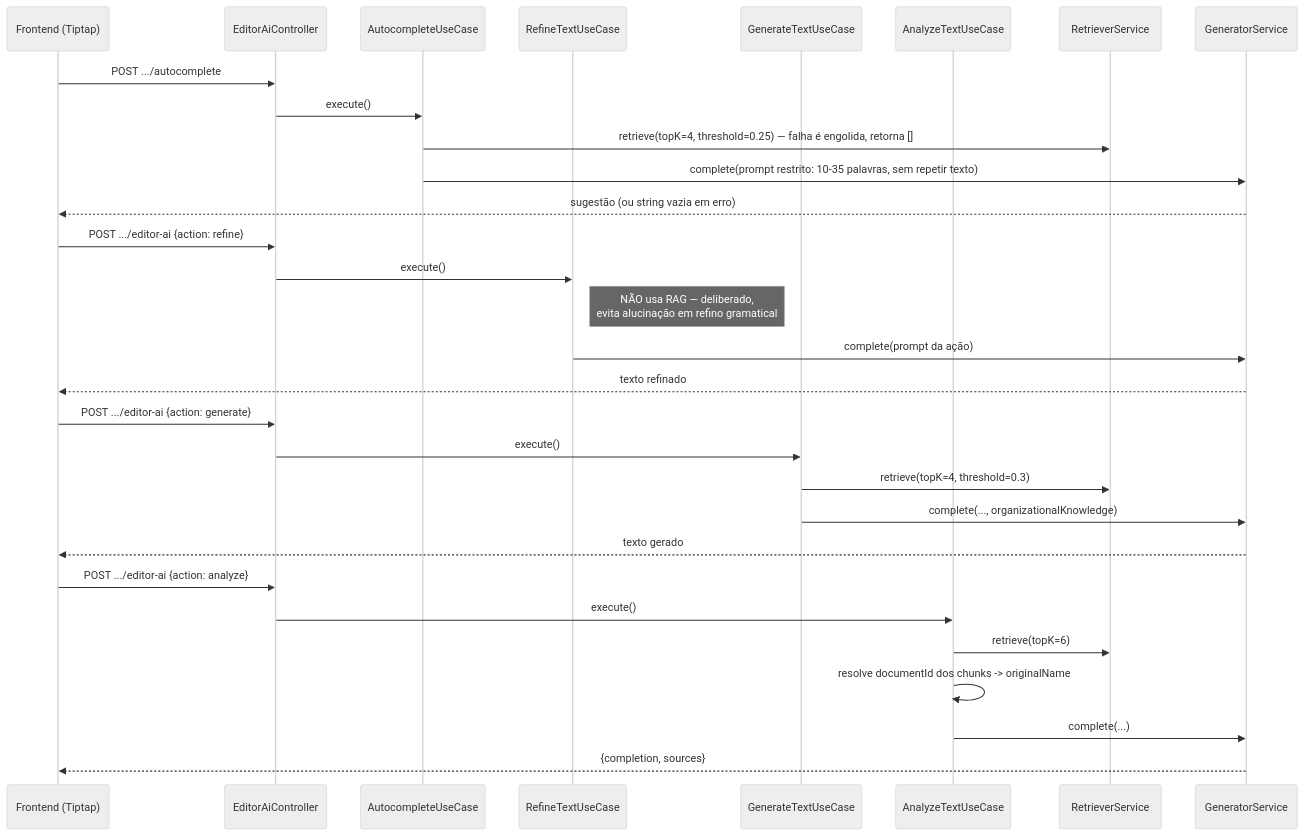
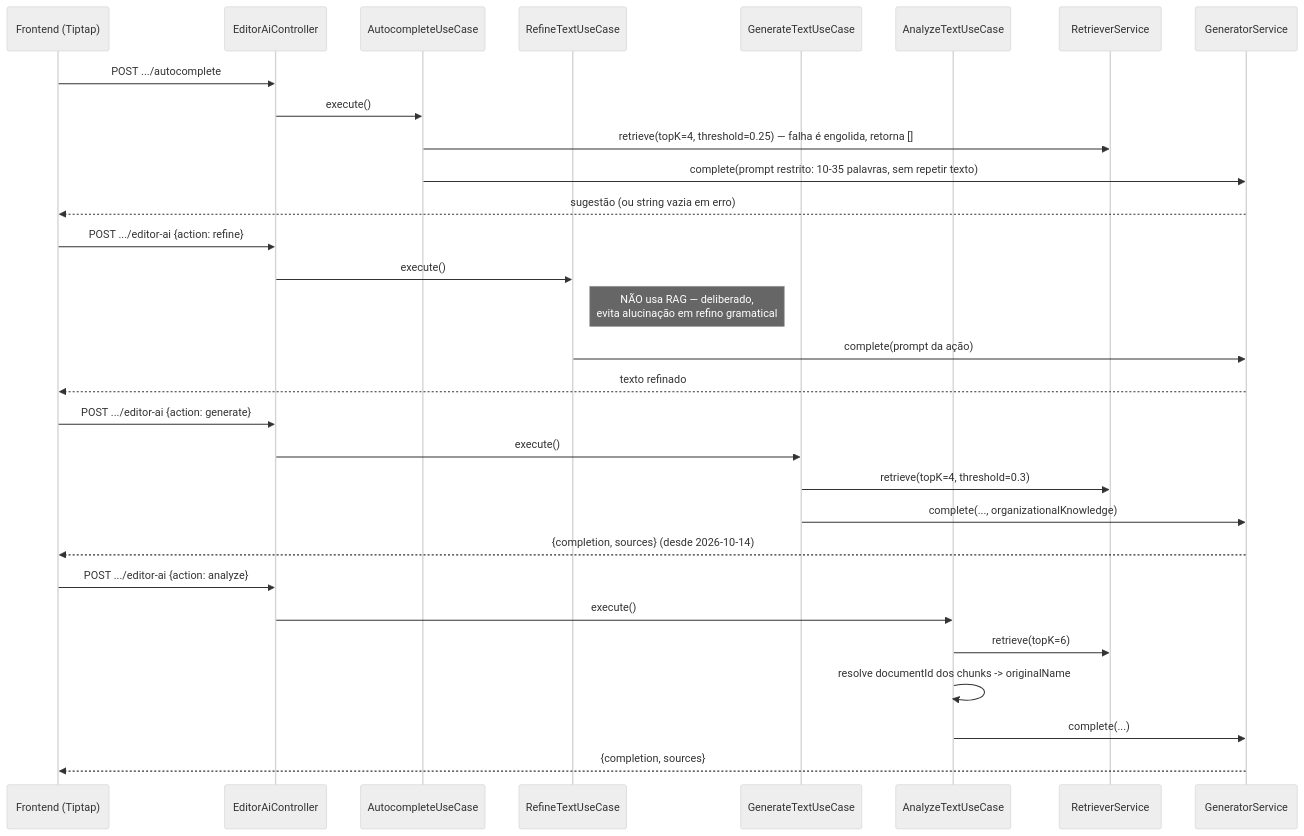
One commit to Elnata1nt/queno.docs changed the fifth of 8 diagrams in docs/arquitetura/fluxos.md. Above: the diagram before and after it, drawn with Mermaid (neutral theme). The commit also changed other lines of this file and 13 other files, not shown here.

````diff
--- a/docs/arquitetura/fluxos.md
+++ b/docs/arquitetura/fluxos.md
@@ -213,36 +213,36 @@
 ```mermaid
 sequenceDiagram
     participant F as Frontend (Tiptap)
     participant C as EditorAiController
     participant Auto as AutocompleteUseCase
     participant Ref as RefineTextUseCase
     participant Gen2 as GenerateTextUseCase
     participant Ana as AnalyzeTextUseCase
     participant Ret as RetrieverService
     participant Gen as GeneratorService
 
     F->>C: POST .../autocomplete
     C->>Auto: execute()
     Auto->>Ret: retrieve(topK=4, threshold=0.25) — falha é engolida, retorna []
     Auto->>Gen: complete(prompt restrito: 10-35 palavras, sem repetir texto)
     Gen-->>F: sugestão (ou string vazia em erro)
 
     F->>C: POST .../editor-ai {action: refine}
     C->>Ref: execute()
     note right of Ref: NÃO usa RAG — deliberado,<br/>evita alucinação em refino gramatical
     Ref->>Gen: complete(prompt da ação)
     Gen-->>F: texto refinado
 
     F->>C: POST .../editor-ai {action: generate}
     C->>Gen2: execute()
     Gen2->>Ret: retrieve(topK=4, threshold=0.3)
     Gen2->>Gen: complete(..., organizationalKnowledge)
-    Gen-->>F: texto gerado
+    Gen-->>F: {completion, sources} (desde 2026-10-14)
 
     F->>C: POST .../editor-ai {action: analyze}
     C->>Ana: execute()
     Ana->>Ret: retrieve(topK=6)
     Ana->>Ana: resolve documentId dos chunks -> originalName
     Ana->>Gen: complete(...)
     Gen-->>F: {completion, sources}
 ```
````
